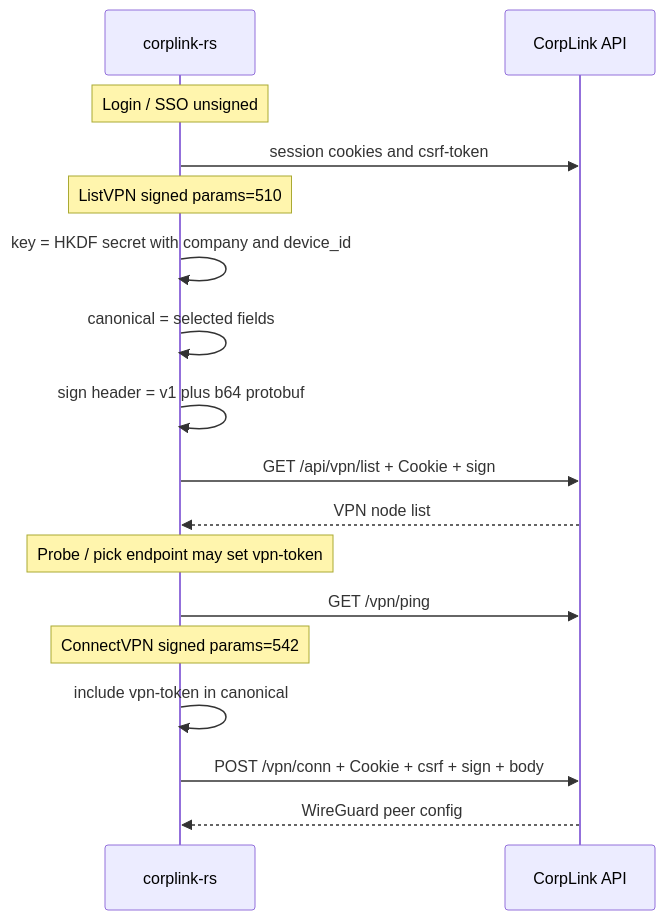
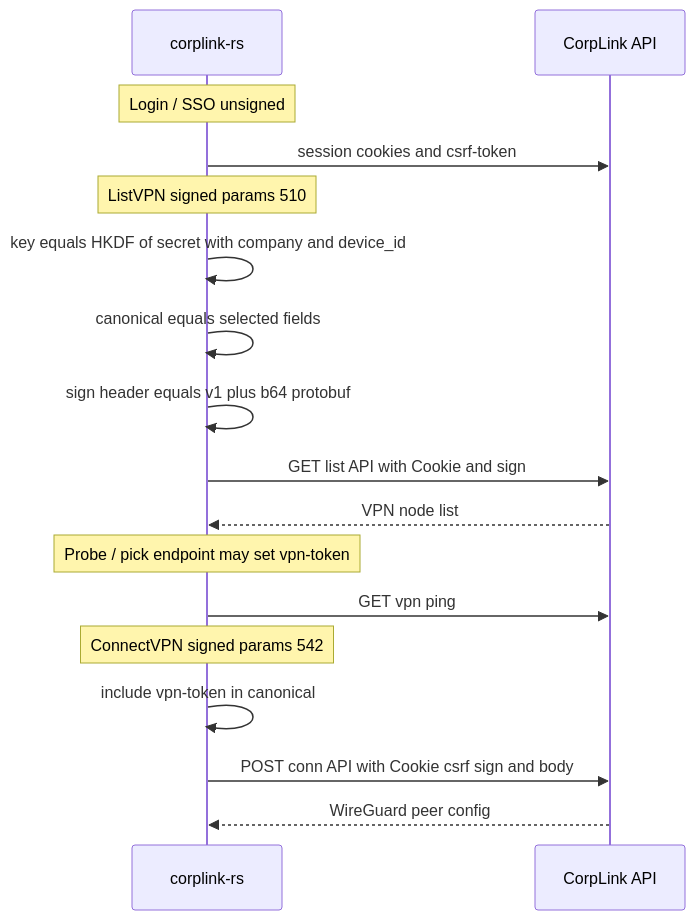
One commit to loveyana/corplink-rs changed the third of 3 diagrams in docs/request-signature.md. Above: the diagram before and after it, drawn with Mermaid. The commit also changed other lines of this file, not shown here.

First line of the commit message:
docs: sanitize Mermaid flowchart labels for GitHub

````diff
--- a/docs/request-signature.md
+++ b/docs/request-signature.md
@@ -208,23 +208,23 @@
 ```mermaid
 sequenceDiagram
     participant C as corplink-rs
     participant S as CorpLink API
 
     Note over C: Login / SSO unsigned
     C->>S: session cookies and csrf-token
 
-    Note over C: ListVPN signed params=510
-    C->>C: key = HKDF secret with company and device_id
-    C->>C: canonical = selected fields
-    C->>C: sign header = v1 plus b64 protobuf
-    C->>S: GET /api/vpn/list + Cookie + sign
+    Note over C: ListVPN signed params 510
+    C->>C: key equals HKDF of secret with company and device_id
+    C->>C: canonical equals selected fields
+    C->>C: sign header equals v1 plus b64 protobuf
+    C->>S: GET list API with Cookie and sign
     S-->>C: VPN node list
 
     Note over C: Probe / pick endpoint may set vpn-token
-    C->>S: GET /vpn/ping
+    C->>S: GET vpn ping
 
-    Note over C: ConnectVPN signed params=542
+    Note over C: ConnectVPN signed params 542
     C->>C: include vpn-token in canonical
-    C->>S: POST /vpn/conn + Cookie + csrf + sign + body
+    C->>S: POST conn API with Cookie csrf sign and body
     S-->>C: WireGuard peer config
 ```
````
